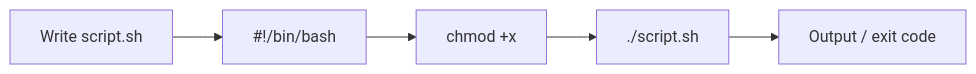
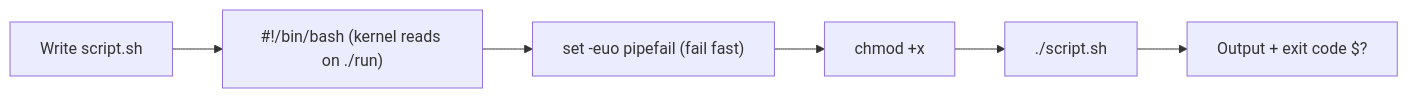
One commit to cloud-prakhar/learning-linux changed the diagram in 10-shell-scripting/shell-script-basics.md. Above: the diagram before and after it, drawn with Mermaid. The commit also changed other lines of this file and 69 other files, not shown here.

````diff
--- a/10-shell-scripting/shell-script-basics.md
+++ b/10-shell-scripting/shell-script-basics.md
@@ -28,7 +33,8 @@
 ```mermaid
 flowchart LR
-    Write[Write script.sh] --> Shebang[#!/bin/bash]
-    Shebang --> Chmod[chmod +x]
+    Write[Write script.sh] --> Shebang["#!/bin/bash (kernel reads on ./run)"]
+    Shebang --> Safe["set -euo pipefail (fail fast)"]
+    Safe --> Chmod[chmod +x]
     Chmod --> Run[./script.sh]
-    Run --> Out[Output / exit code]
+    Run --> Out[Output + exit code $?]
 ```
````
